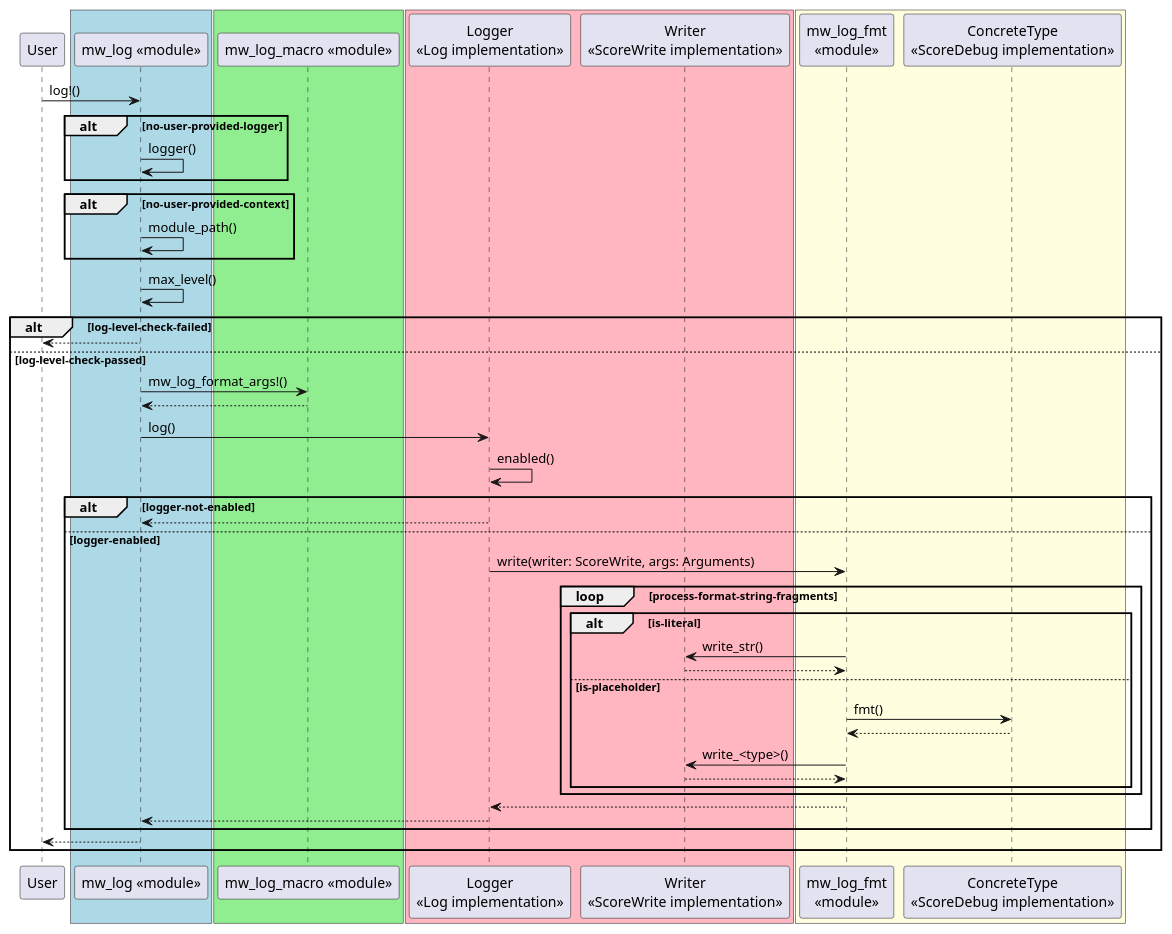
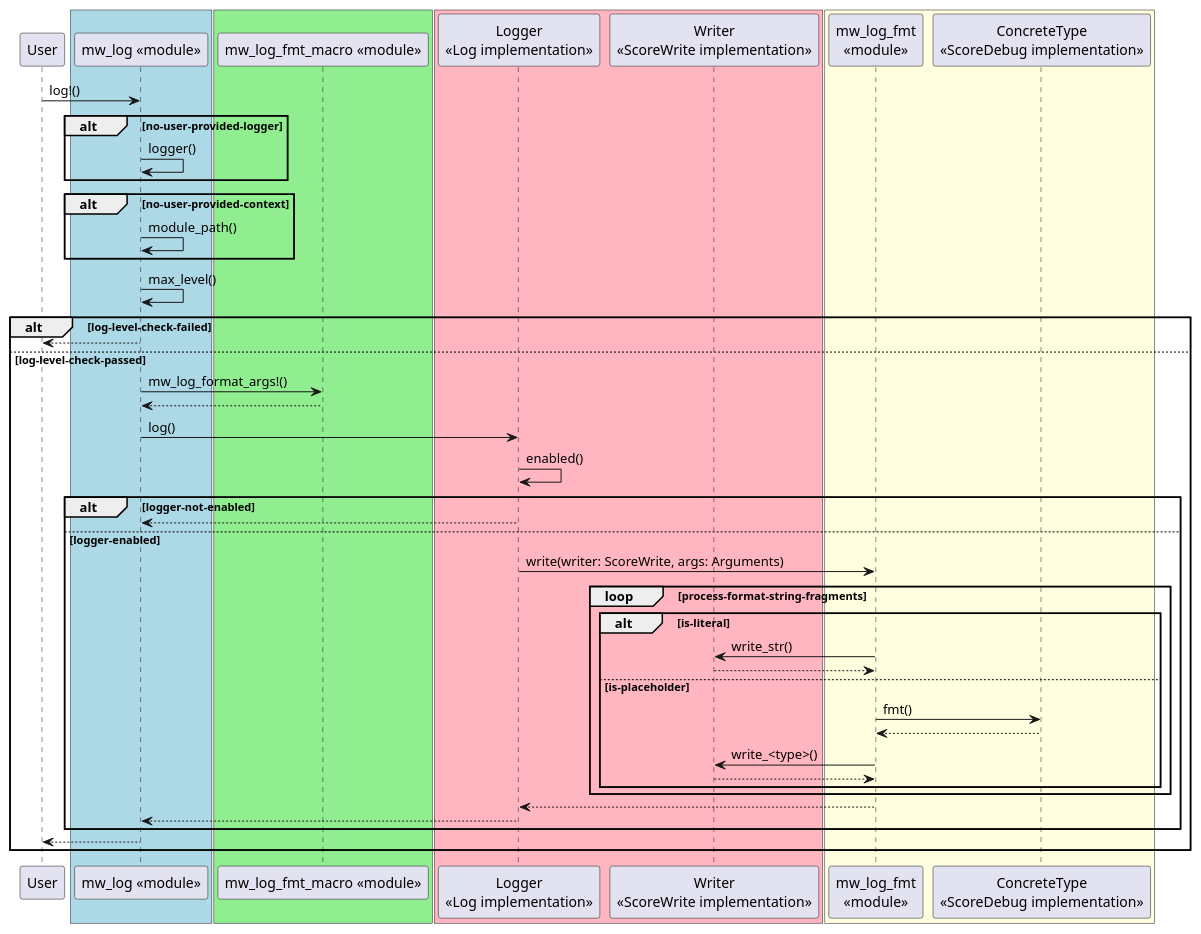
One commit to qorix-group/baselibs_rust changed the diagram in docs/baselibs_rust/log/detailed_design/_assets/log_op.puml. Above: the diagram before and after it, drawn with PlantUML. The commit also changed 16 other files, not shown here.

First line of the commit message:
log: `mw_log_fmt_macro` implementation

```diff
--- a/docs/baselibs_rust/log/detailed_design/_assets/log_op.puml
+++ b/docs/baselibs_rust/log/detailed_design/_assets/log_op.puml
@@ -1,70 +1,70 @@
 @startuml log_op
 
 participant "User" as actor
 
 box #LightBlue
 participant "mw_log <<module>>" as mw_log
 end box
 
 box #LightGreen
-participant "mw_log_macro <<module>>" as mw_log_macro
+participant "mw_log_fmt_macro <<module>>" as mw_log_fmt_macro
 end box
 
 box #LightPink
 participant "Logger\n<<Log implementation>>" as logger
 participant "Writer\n<<ScoreWrite implementation>>" as writer
 end box
 
 box #LightYellow
 participant "mw_log_fmt\n<<module>>" as mw_log_fmt
 participant "ConcreteType\n<<ScoreDebug implementation>>" as score_debug
 end box
 
 actor -> mw_log : log!()
 
 alt no-user-provided-logger
     mw_log -> mw_log : logger()
 end
 
 alt no-user-provided-context
     mw_log -> mw_log : module_path()
 end
 
 mw_log -> mw_log : max_level()
 
 alt log-level-check-failed
     mw_log --> actor
 
 else log-level-check-passed
-    mw_log -> mw_log_macro : mw_log_format_args!()
-    mw_log_macro --> mw_log
+    mw_log -> mw_log_fmt_macro : mw_log_format_args!()
+    mw_log_fmt_macro --> mw_log
 
     mw_log -> logger : log()
 
     logger -> logger : enabled()
 
     alt logger-not-enabled
         logger --> mw_log
 
     else logger-enabled
         logger -> mw_log_fmt : write(writer: ScoreWrite, args: Arguments)
         loop process-format-string-fragments
             alt is-literal
                 mw_log_fmt -> writer : write_str()
                 writer --> mw_log_fmt
             else is-placeholder
                 mw_log_fmt -> score_debug : fmt()
                 score_debug --> mw_log_fmt
 
                 mw_log_fmt -> writer : write_<type>()
                 writer --> mw_log_fmt
             end
         end
 
         mw_log_fmt --> logger
         logger --> mw_log
     end
     mw_log --> actor
 end
 
 @enduml
```
